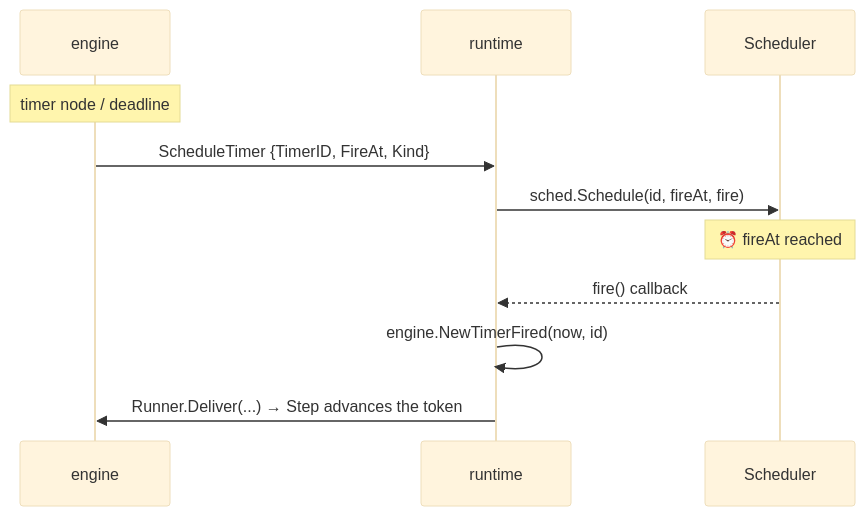
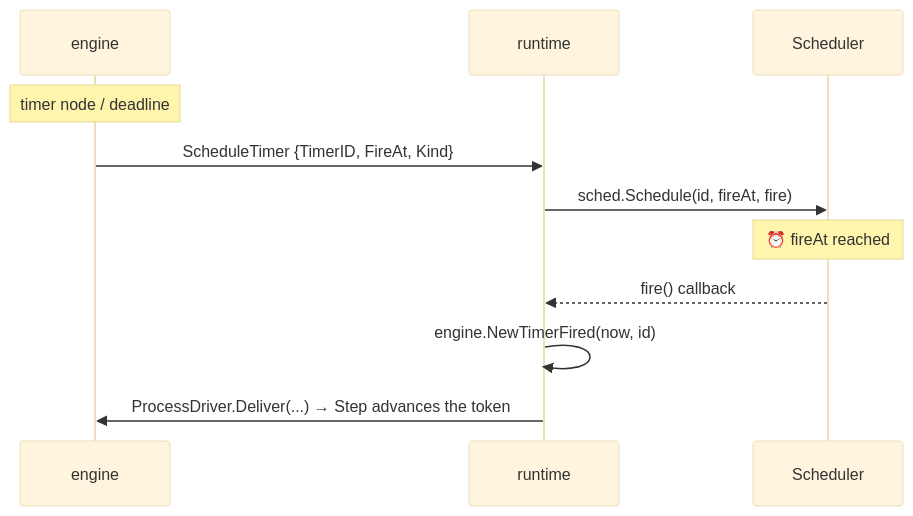
Before and after one commit to kartaladev/wrkflw: the third of 9 diagrams in INTERACTIONS.md, drawn with Mermaid (base theme). The commit also changed other lines of this file and 40 other files, not shown here.

````diff
--- a/INTERACTIONS.md
+++ b/INTERACTIONS.md
@@ -141,14 +141,14 @@
 ```mermaid
 sequenceDiagram
     participant E as engine
     participant R as runtime
     participant S as Scheduler
 
     Note over E: timer node / deadline
     E->>R: ScheduleTimer {TimerID, FireAt, Kind}
     R->>S: sched.Schedule(id, fireAt, fire)
     Note over S: ⏰ fireAt reached
     S-->>R: fire() callback
     R->>R: engine.NewTimerFired(now, id)
-    R->>E: Runner.Deliver(...) → Step advances the token
+    R->>E: ProcessDriver.Deliver(...) → Step advances the token
 ```
````
